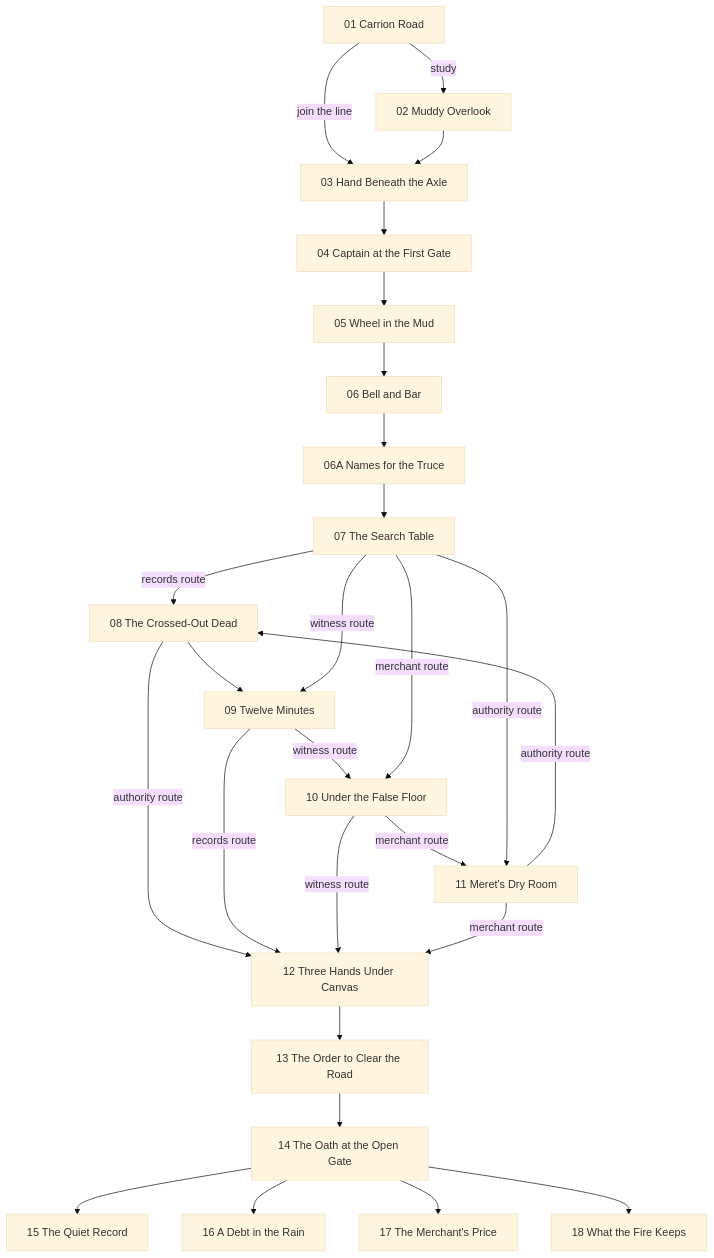
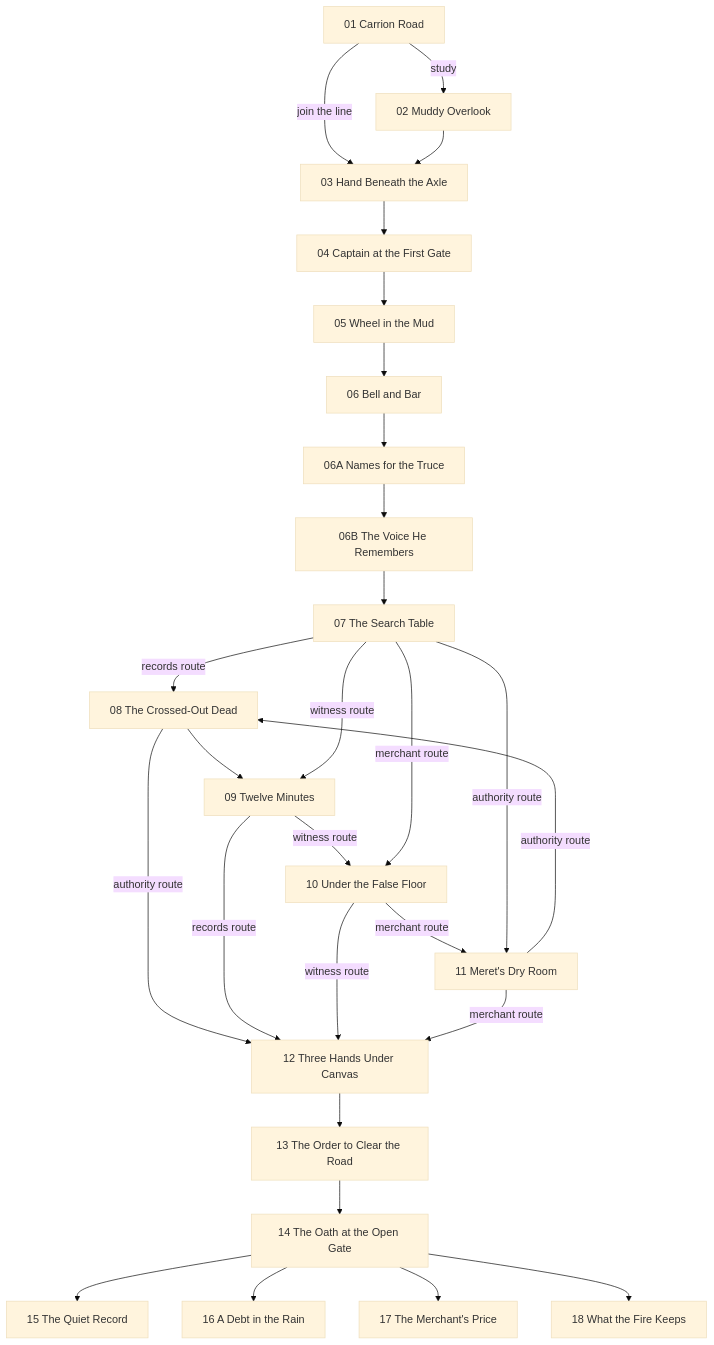
The diagram in docs/CHAPTER_01_BEAT_SHEET.md (qtval/ashen-oath-web), drawn with Mermaid (base theme) before and after one commit. The commit also changed other lines of this file and 7 other files, not shown here.

````diff
--- a/docs/CHAPTER_01_BEAT_SHEET.md
+++ b/docs/CHAPTER_01_BEAT_SHEET.md
@@ -127,29 +128,30 @@
 ```mermaid
 flowchart TD
     S01["01 Carrion Road"] -->|study| S02["02 Muddy Overlook"]
     S01 -->|join the line| S03["03 Hand Beneath the Axle"]
     S02 --> S03
     S03 --> S04["04 Captain at the First Gate"]
     S04 --> S05["05 Wheel in the Mud"]
     S05 --> S06["06 Bell and Bar"]
     S06 --> S06A["06A Names for the Truce"]
-    S06A --> S07["07 The Search Table"]
+    S06A --> S06B["06B The Voice He Remembers"]
+    S06B --> S07["07 The Search Table"]
     S07 -->|records route| S08["08 The Crossed-Out Dead"]
     S08 --> S09["09 Twelve Minutes"]
     S07 -->|witness route| S09
     S09 -->|witness route| S10["10 Under the False Floor"]
     S07 -->|merchant route| S10
     S10 -->|merchant route| S11["11 Meret's Dry Room"]
     S07 -->|authority route| S11
     S11 -->|authority route| S08
     S08 -->|authority route| S12["12 Three Hands Under Canvas"]
     S09 -->|records route| S12
     S10 -->|witness route| S12
     S11 -->|merchant route| S12
     S12 --> S13["13 The Order to Clear the Road"]
     S13 --> S14["14 The Oath at the Open Gate"]
     S14 --> E1["15 The Quiet Record"]
     S14 --> E2["16 A Debt in the Rain"]
     S14 --> E3["17 The Merchant's Price"]
     S14 --> E4["18 What the Fire Keeps"]
 ```
````
